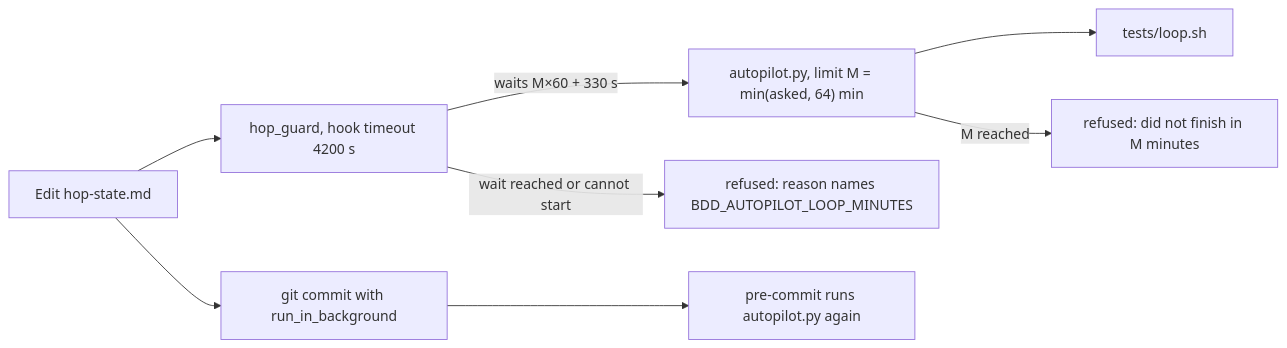
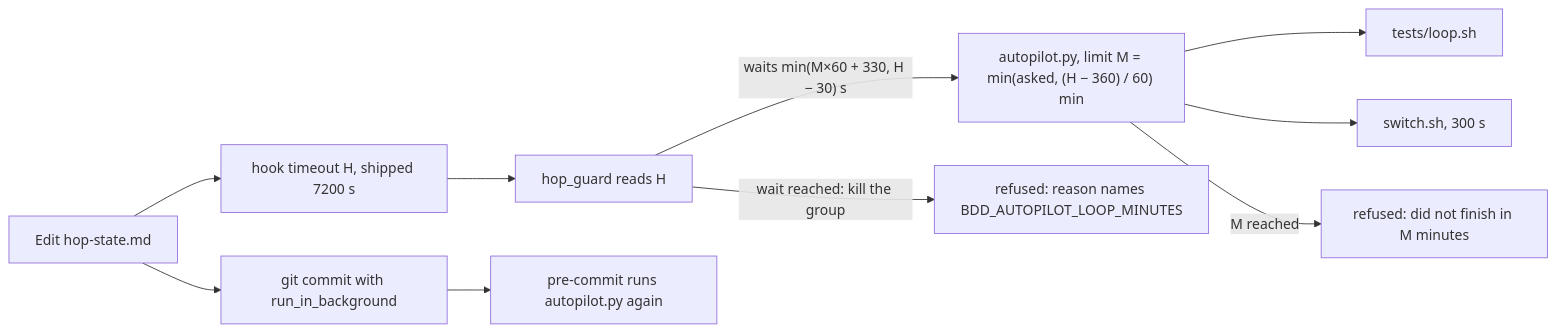
One commit to kadaluarsa/barbaric-driven-development changed the second of 2 diagrams in docs/cascade/05b-t99-gate-timeout.md. Above: the diagram before and after it, drawn with Mermaid. The commit also changed other lines of this file and 4 other files, not shown here.

````diff
--- a/docs/cascade/05b-t99-gate-timeout.md
+++ b/docs/cascade/05b-t99-gate-timeout.md
@@ -53,10 +63,12 @@
 ```mermaid
 flowchart LR
-  E[Edit hop-state.md] --> H["hop_guard, hook timeout 4200 s"]
-  H -->|"waits M×60 + 330 s"| A["autopilot.py, limit M = min(asked, 64) min"]
+  E[Edit hop-state.md] --> HL["hook timeout H, shipped 7200 s"]
+  HL --> H["hop_guard reads H"]
+  H -->|"waits min(M×60 + 330, H − 30) s"| A["autopilot.py, limit M = min(asked, (H − 360) / 60) min"]
   A --> L[tests/loop.sh]
+  A --> S[switch.sh, 300 s]
   A -->|M reached| R["refused: did not finish in M minutes"]
-  H -->|wait reached or cannot start| R2["refused: reason names BDD_AUTOPILOT_LOOP_MINUTES"]
+  H -->|"wait reached: kill the group"| R2["refused: reason names BDD_AUTOPILOT_LOOP_MINUTES"]
   E --> C["git commit with run_in_background"]
   C --> P[pre-commit runs autopilot.py again]
 ```
````
